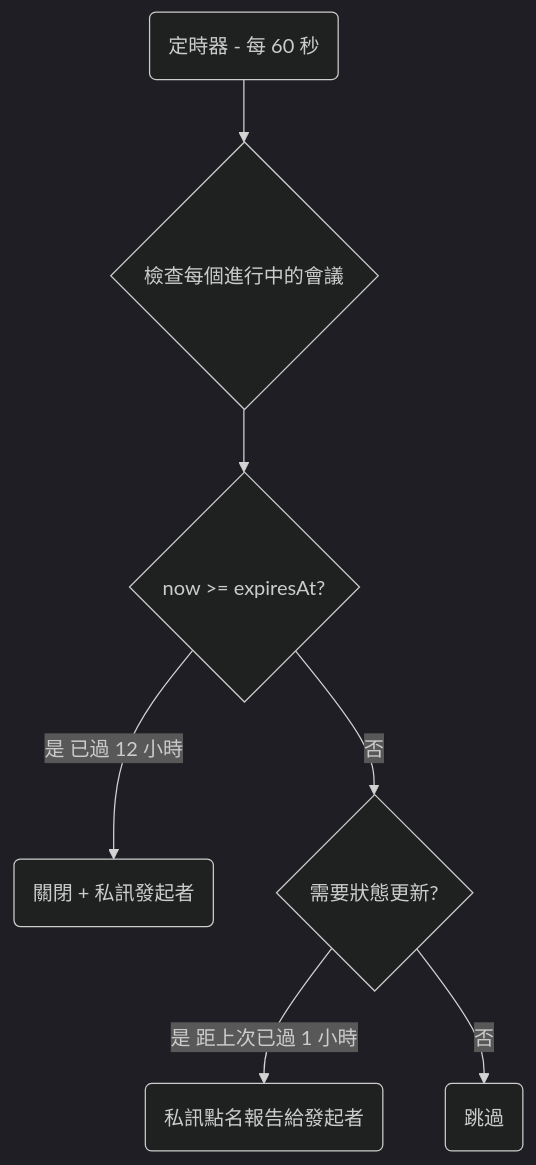
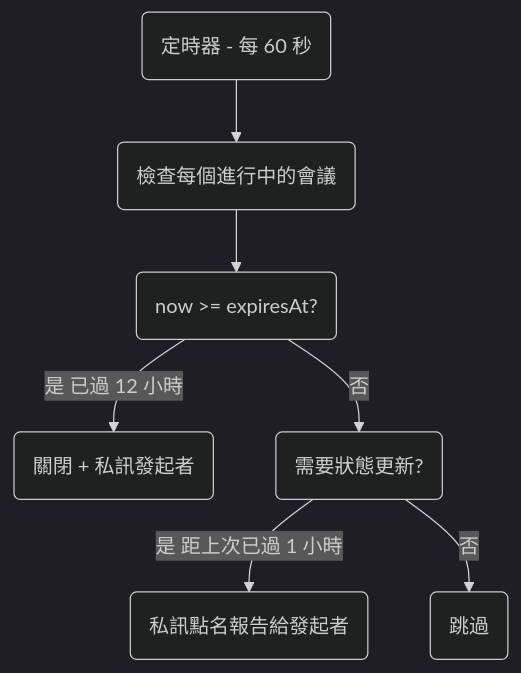
The sixth of 7 diagrams in README.zh-TW.md (javana3/claw_meeting_all), drawn with Mermaid (dark theme) before and after one commit. The commit also changed other lines of this file and 4 other files, not shown here.

First line of the commit message:
docs: round all diagram nodes and update colors across 5 languages

````diff
--- a/README.zh-TW.md
+++ b/README.zh-TW.md
@@ -157,9 +157,9 @@
 ```mermaid
 graph TD
-    A(定時器 - 每 60 秒) --> B{檢查每個進行中的會議}
-    B --> C{now >= expiresAt?}
+    A(定時器 - 每 60 秒) --> B(檢查每個進行中的會議)
+    B --> C(now >= expiresAt?)
     C -->|是 已過 12 小時| D(關閉 + 私訊發起者)
-    C -->|否| E{需要狀態更新?}
+    C -->|否| E(需要狀態更新?)
     E -->|是 距上次已過 1 小時| F(私訊點名報告給發起者)
     E -->|否| G(跳過)
 ```
````
